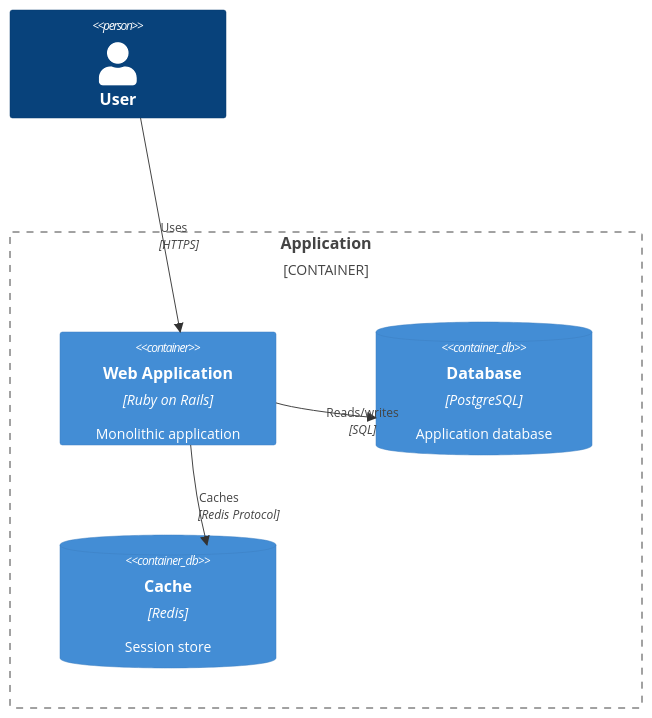
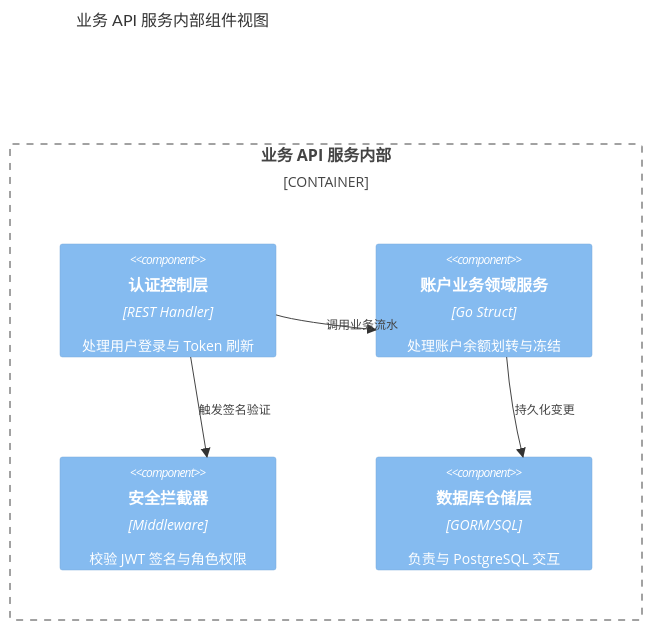
The third of 3 diagrams in skills/mermaid-diagrams/references/c4-diagrams.md (betterlmy/agent-skills), drawn with Mermaid before and after one commit. The commit also changed other lines of this file and 46 other files, not shown here.

````diff
--- a/skills/mermaid-diagrams/references/c4-diagrams.md
+++ b/skills/mermaid-diagrams/references/c4-diagrams.md
@@ -344,14 +51,15 @@
 ```mermaid
-C4Container
-    Person(user, "User")
-    
-    Container_Boundary(system, "Application") {
-        Container(app, "Web Application", "Ruby on Rails", "Monolithic application")
-        ContainerDb(db, "Database", "PostgreSQL", "Application database")
-        ContainerDb(cache, "Cache", "Redis", "Session store")
+C4Component
+    title 业务 API 服务内部组件视图
+
+    Container_Boundary(b1, "业务 API 服务内部") {
+        Component(auth_controller, "认证控制层", "REST Handler", "处理用户登录与 Token 刷新")
+        Component(account_service, "账户业务领域服务", "Go Struct", "处理账户余额划转与冻结")
+        Component(security_component, "安全拦截器", "Middleware", "校验 JWT 签名与角色权限")
+        Component(repo, "数据库仓储层", "GORM/SQL", "负责与 PostgreSQL 交互")
     }
-    
-    Rel(user, app, "Uses", "HTTPS")
-    Rel(app, db, "Reads/writes", "SQL")
-    Rel(app, cache, "Caches", "Redis Protocol")
+
+    Rel(auth_controller, security_component, "触发签名验证")
+    Rel(auth_controller, account_service, "调用业务流水")
+    Rel(account_service, repo, "持久化变更")
 ```
````
